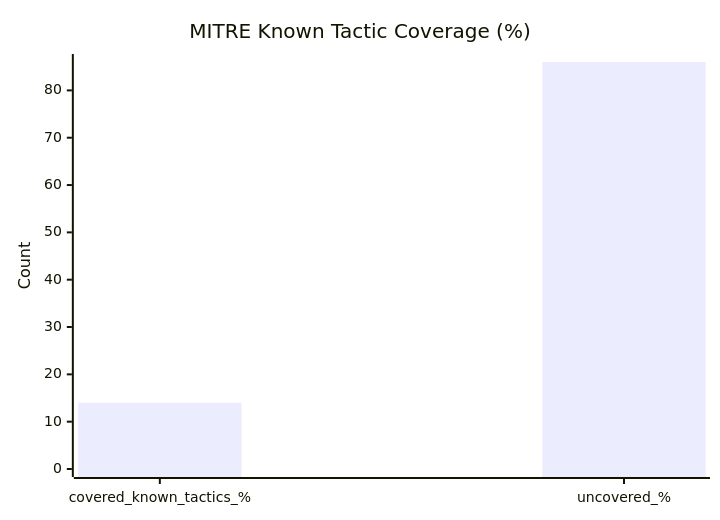
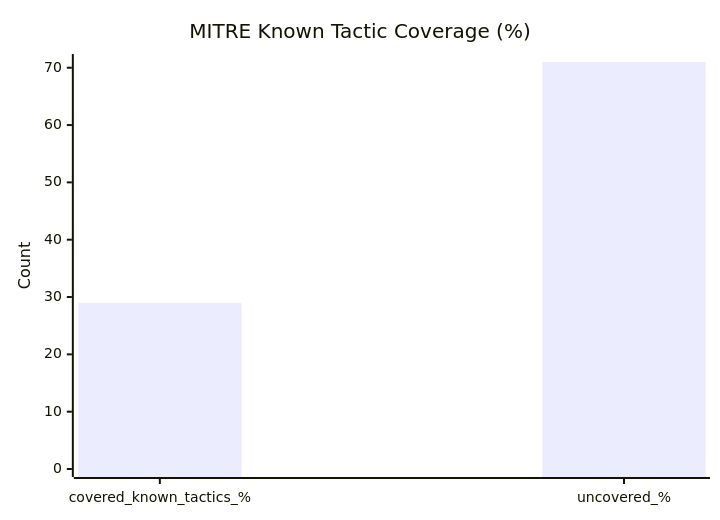
One commit to SWolfSec/Threat-Hunting-As-Code changed the third of 4 diagrams in docs/dashboard.md. Above: the diagram before and after it, drawn with Mermaid. The commit also changed other lines of this file and 2 other files, not shown here.

````diff
--- a/docs/dashboard.md
+++ b/docs/dashboard.md
@@ -51,7 +51,7 @@
 ```mermaid
 xychart-beta
     title "MITRE Known Tactic Coverage (%)"
     x-axis ["covered_known_tactics_%", "uncovered_%"]
-    y-axis "Count" 0 --> 86
-    bar [14, 86]
+    y-axis "Count" 0 --> 71
+    bar [29, 71]
 ```
````
